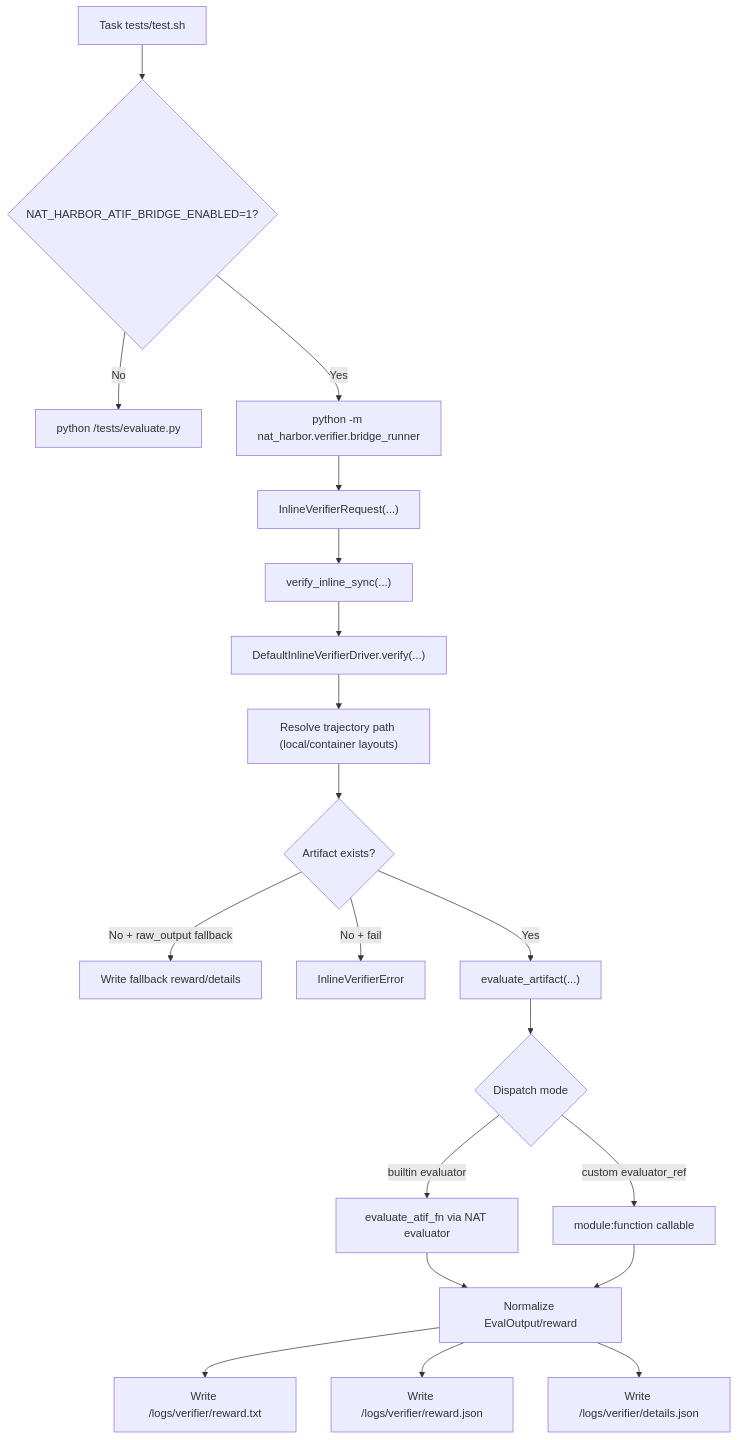
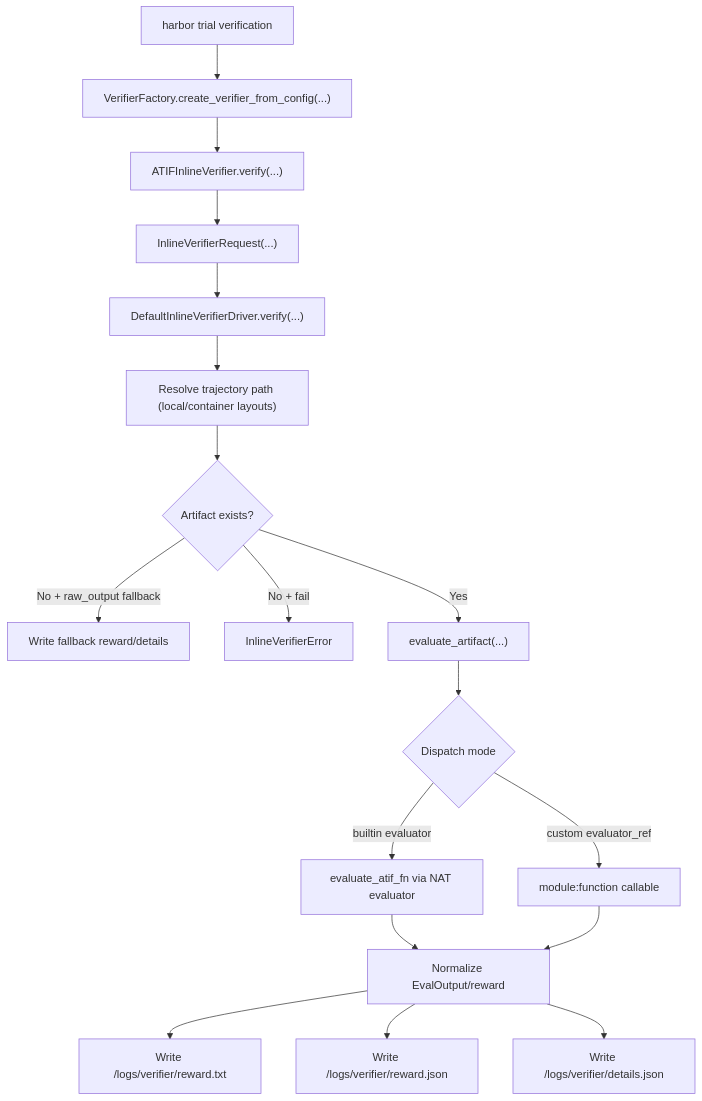
The second of 2 diagrams in packages/nvidia_nat_harbor/README.md (NVIDIA/NeMo-Agent-Toolkit), drawn with Mermaid before and after one commit. The commit also changed other lines of this file and 7 other files, not shown here.

Commit message:
Enable inline verification using the new VerifierFactory in harbor

````diff
--- a/packages/nvidia_nat_harbor/README.md
+++ b/packages/nvidia_nat_harbor/README.md
@@ -103,22 +112,20 @@
 ```mermaid
 flowchart TD
-  A["Task tests/test.sh"] --> B{"NAT_HARBOR_ATIF_BRIDGE_ENABLED=1?"}
-  B -- "No" --> C["python /tests/evaluate.py"]
-  B -- "Yes" --> D["python -m nat_harbor.verifier.bridge_runner"]
-  D --> E["InlineVerifierRequest(...)"]
-  E --> F["verify_inline_sync(...)"]
-  F --> G["DefaultInlineVerifierDriver.verify(...)"]
-  G --> H["Resolve trajectory path (local/container layouts)"]
-  H --> I{"Artifact exists?"}
-  I -- "No + raw_output fallback" --> J["Write fallback reward/details"]
-  I -- "No + fail" --> K["InlineVerifierError"]
-  I -- "Yes" --> L["evaluate_artifact(...)"]
-  L --> M{"Dispatch mode"}
-  M -- "builtin evaluator" --> N["evaluate_atif_fn via NAT evaluator"]
-  M -- "custom evaluator_ref" --> O["module:function callable"]
-  N --> P["Normalize EvalOutput/reward"]
-  O --> P
-  P --> Q["Write /logs/verifier/reward.txt"]
-  P --> R["Write /logs/verifier/reward.json"]
-  P --> S["Write /logs/verifier/details.json"]
+  A["harbor trial verification"] --> B["VerifierFactory.create_verifier_from_config(...)"]
+  B --> C["ATIFInlineVerifier.verify(...)"]
+  C --> D["InlineVerifierRequest(...)"]
+  D --> E["DefaultInlineVerifierDriver.verify(...)"]
+  E --> F["Resolve trajectory path (local/container layouts)"]
+  F --> G{"Artifact exists?"}
+  G -- "No + raw_output fallback" --> H["Write fallback reward/details"]
+  G -- "No + fail" --> I["InlineVerifierError"]
+  G -- "Yes" --> J["evaluate_artifact(...)"]
+  J --> K{"Dispatch mode"}
+  K -- "builtin evaluator" --> L["evaluate_atif_fn via NAT evaluator"]
+  K -- "custom evaluator_ref" --> M["module:function callable"]
+  L --> N["Normalize EvalOutput/reward"]
+  M --> N
+  N --> O["Write /logs/verifier/reward.txt"]
+  N --> P["Write /logs/verifier/reward.json"]
+  N --> Q["Write /logs/verifier/details.json"]
 ```
````
